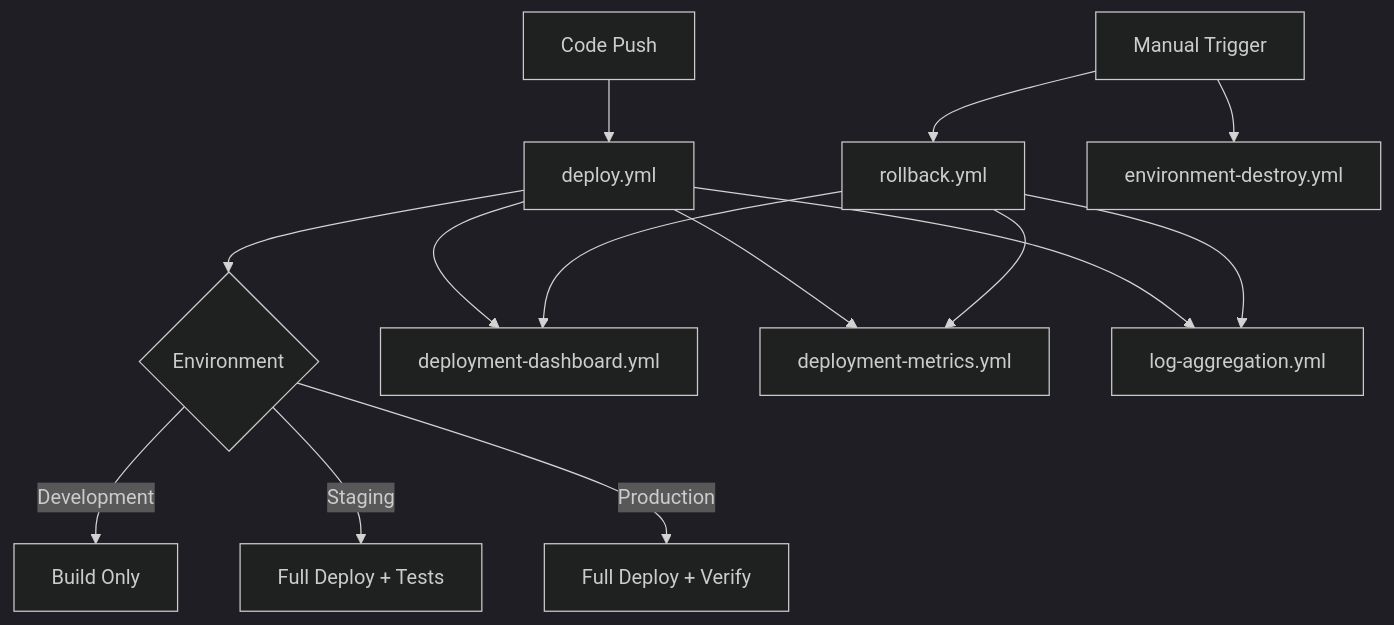
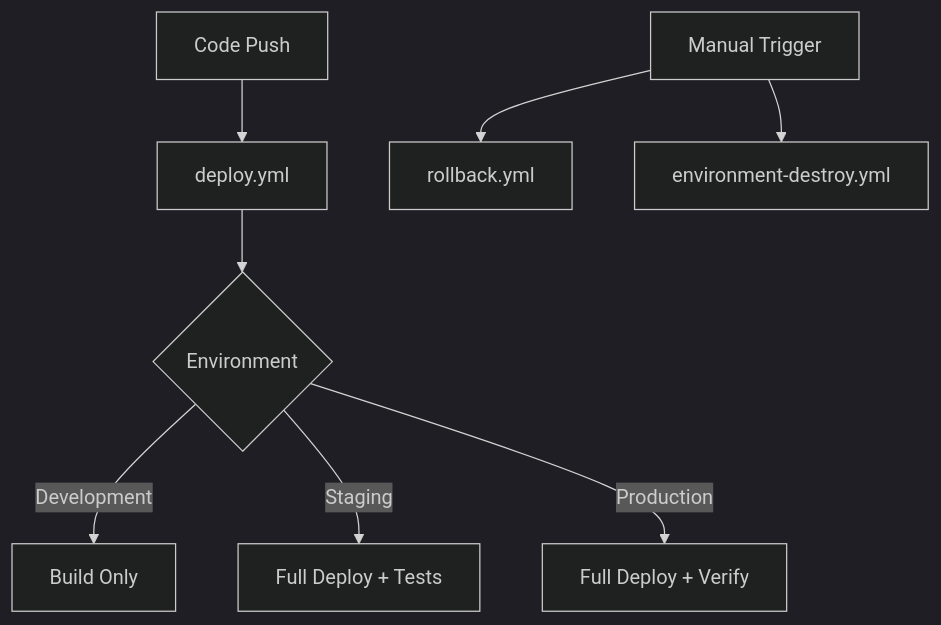
Before and after one commit to bxmty/dotca: the diagram in .github/workflows/README.md, drawn with Mermaid (dark theme). The commit also changed other lines of this file and 10 other files, not shown here.

````diff
--- a/.github/workflows/README.md
+++ b/.github/workflows/README.md
@@ -178,19 +155,11 @@
 ```mermaid
 graph TD
     A[Code Push] --> B[deploy.yml]
     B --> C{Environment}
     C -->|Development| D[Build Only]
     C -->|Staging| E[Full Deploy + Tests]
     C -->|Production| F[Full Deploy + Verify]
 
     G[Manual Trigger] --> H[rollback.yml]
     G --> I[environment-destroy.yml]
-
-    B --> J[deployment-dashboard.yml]
-    B --> K[deployment-metrics.yml]
-    B --> L[log-aggregation.yml]
-
-    H --> J
-    H --> K
-    H --> L
 ```
````
